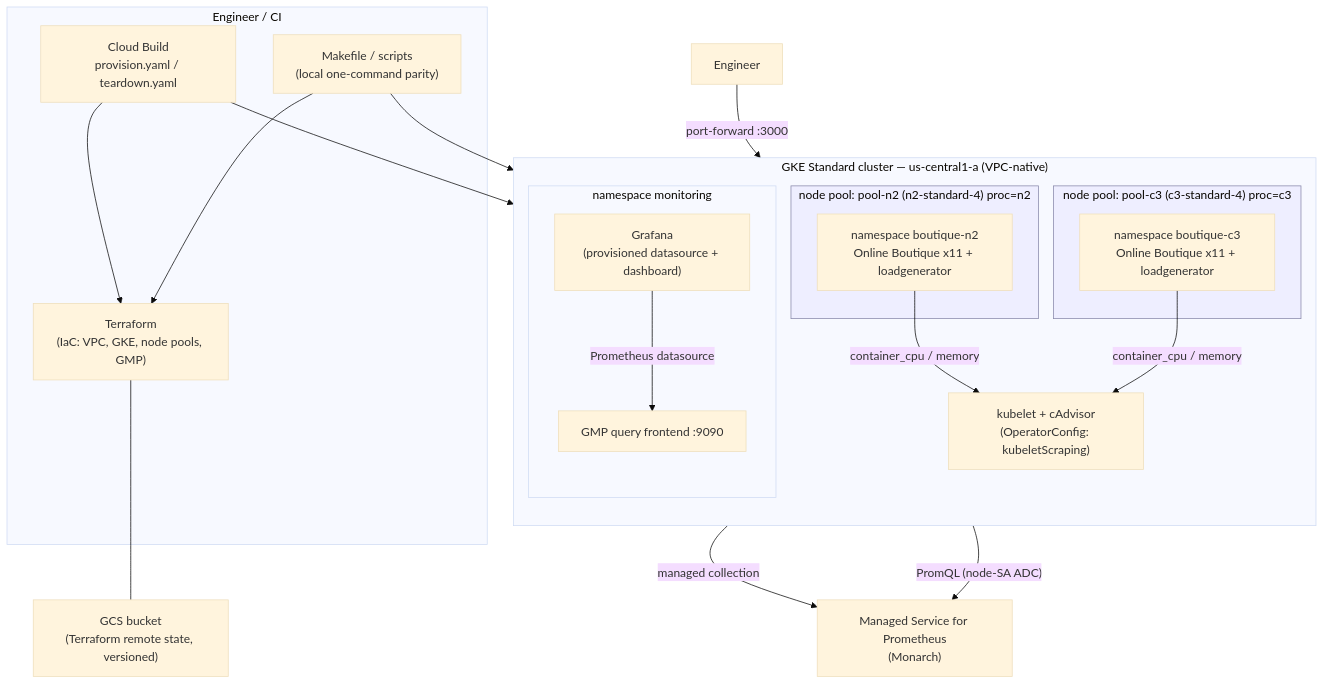
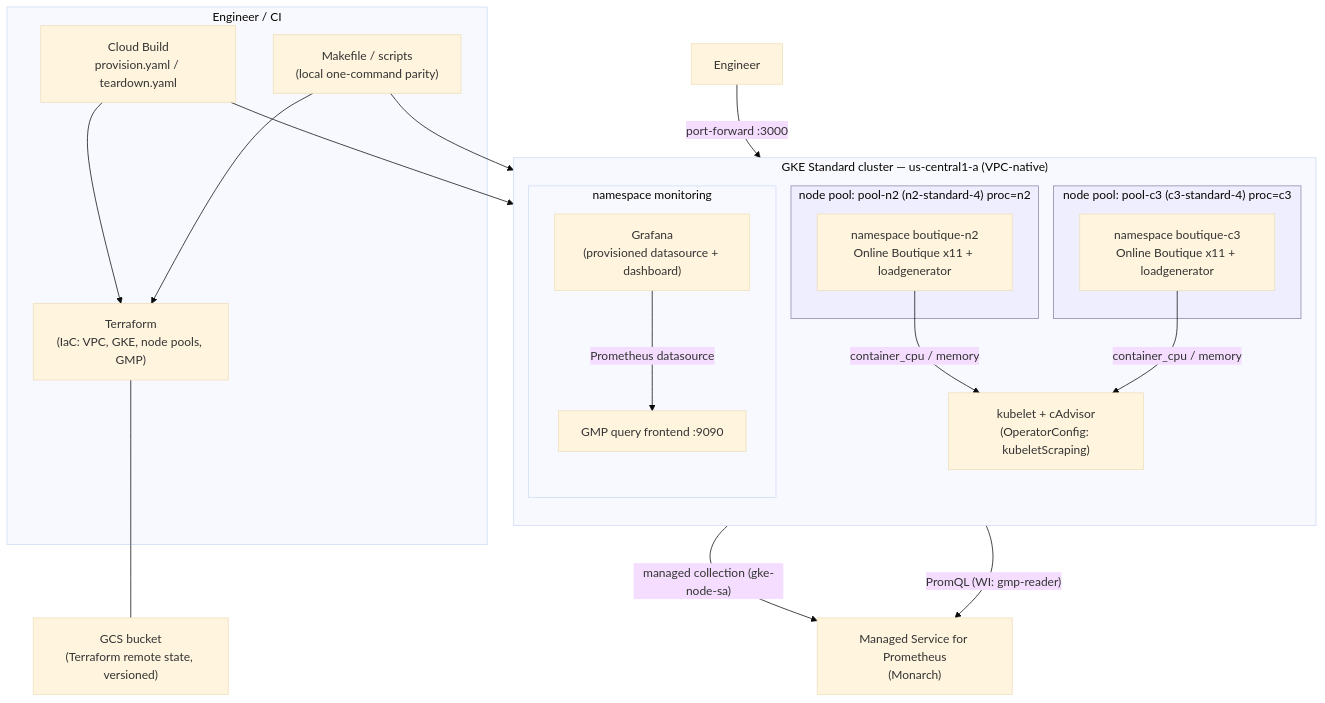
One commit to crislemus/online-boutique-benchmark changed the diagram in docs/automation-diagram.mmd. Above: the diagram before and after it, drawn with Mermaid (base theme). The commit also changed 17 other files, not shown here.

First line of the commit message:
Harden to Workload Identity + least-privilege SAs; add comparison charts

```diff
--- a/docs/automation-diagram.mmd
+++ b/docs/automation-diagram.mmd
@@ -1,40 +1,40 @@
 %% Online Boutique processor-benchmark — automation & data flow
 flowchart TB
     subgraph Dev["Engineer / CI"]
         TF["Terraform\n(IaC: VPC, GKE, node pools, GMP)"]
         CB["Cloud Build\nprovision.yaml / teardown.yaml"]
         MK["Makefile / scripts\n(local one-command parity)"]
     end
 
     GCS["GCS bucket\n(Terraform remote state, versioned)"]
     TF --- GCS
 
     subgraph GKE["GKE Standard cluster — us-central1-a (VPC-native)"]
         direction TB
         subgraph N2["node pool: pool-n2 (n2-standard-4)  proc=n2"]
             OBN["namespace boutique-n2\nOnline Boutique x11 + loadgenerator"]
         end
         subgraph C3["node pool: pool-c3 (c3-standard-4)  proc=c3"]
             OBC["namespace boutique-c3\nOnline Boutique x11 + loadgenerator"]
         end
         subgraph MON["namespace monitoring"]
             FE["GMP query frontend :9090"]
             GRAF["Grafana\n(provisioned datasource + dashboard)"]
         end
         KUBELET["kubelet + cAdvisor\n(OperatorConfig: kubeletScraping)"]
     end
 
     CB --> TF
     CB --> GKE
     MK --> TF
     MK --> GKE
 
     OBN -- "container_cpu / memory" --> KUBELET
     OBC -- "container_cpu / memory" --> KUBELET
-    KUBELET -- "managed collection" --> MONARCH["Managed Service for Prometheus\n(Monarch)"]
-    FE -- "PromQL (node-SA ADC)" --> MONARCH
+    KUBELET -- "managed collection (gke-node-sa)" --> MONARCH["Managed Service for Prometheus\n(Monarch)"]
+    FE -- "PromQL (WI: gmp-reader)" --> MONARCH
     GRAF -- "Prometheus datasource" --> FE
     USER["Engineer"] -- "port-forward :3000" --> GRAF
 
     classDef pool fill:#eef,stroke:#88a;
     class N2,C3 pool;
```
